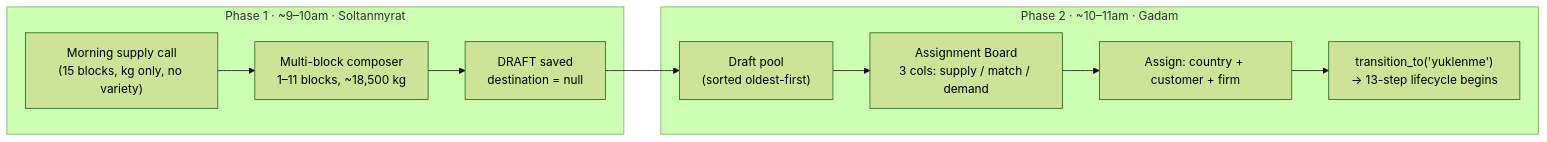
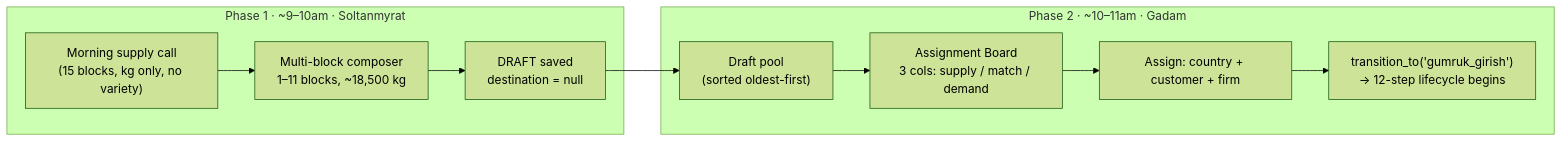
One commit to Jasurbek99/yigit_platform changed the first of 2 diagrams in docs/obsidian/processes/draft-shipments.md. Above: the diagram before and after it, drawn with Mermaid (forest theme). The commit also changed other lines of this file and 11 other files, not shown here.

````diff
--- a/docs/obsidian/processes/draft-shipments.md
+++ b/docs/obsidian/processes/draft-shipments.md
@@ -17,12 +17,12 @@
 ```mermaid
 flowchart LR
     subgraph Phase1["Phase 1 · ~9–10am · Soltanmyrat"]
         S1["Morning supply call\n(15 blocks, kg only, no variety)"] --> S2["Multi-block composer\n1–11 blocks, ~18,500 kg"] --> S3["DRAFT saved\ndestination = null"]
     end
 
     subgraph Phase2["Phase 2 · ~10–11am · Gadam"]
-        G1["Draft pool\n(sorted oldest-first)"] --> G2["Assignment Board\n3 cols: supply / match / demand"] --> G3["Assign: country + customer + firm"] --> G4["transition_to('yuklenme')\n→ 13-step lifecycle begins"]
+        G1["Draft pool\n(sorted oldest-first)"] --> G2["Assignment Board\n3 cols: supply / match / demand"] --> G3["Assign: country + customer + firm"] --> G4["transition_to('gumruk_girish')\n→ 12-step lifecycle begins"]
     end
 
     S3 --> G1
 ```
````
